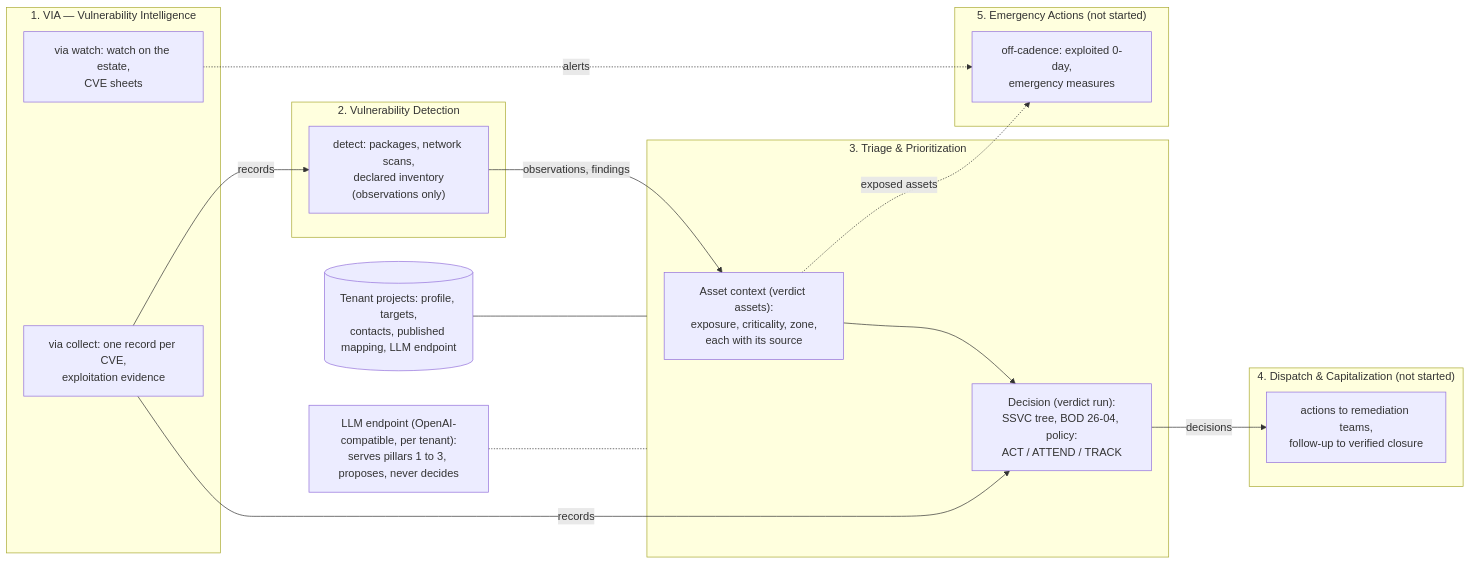
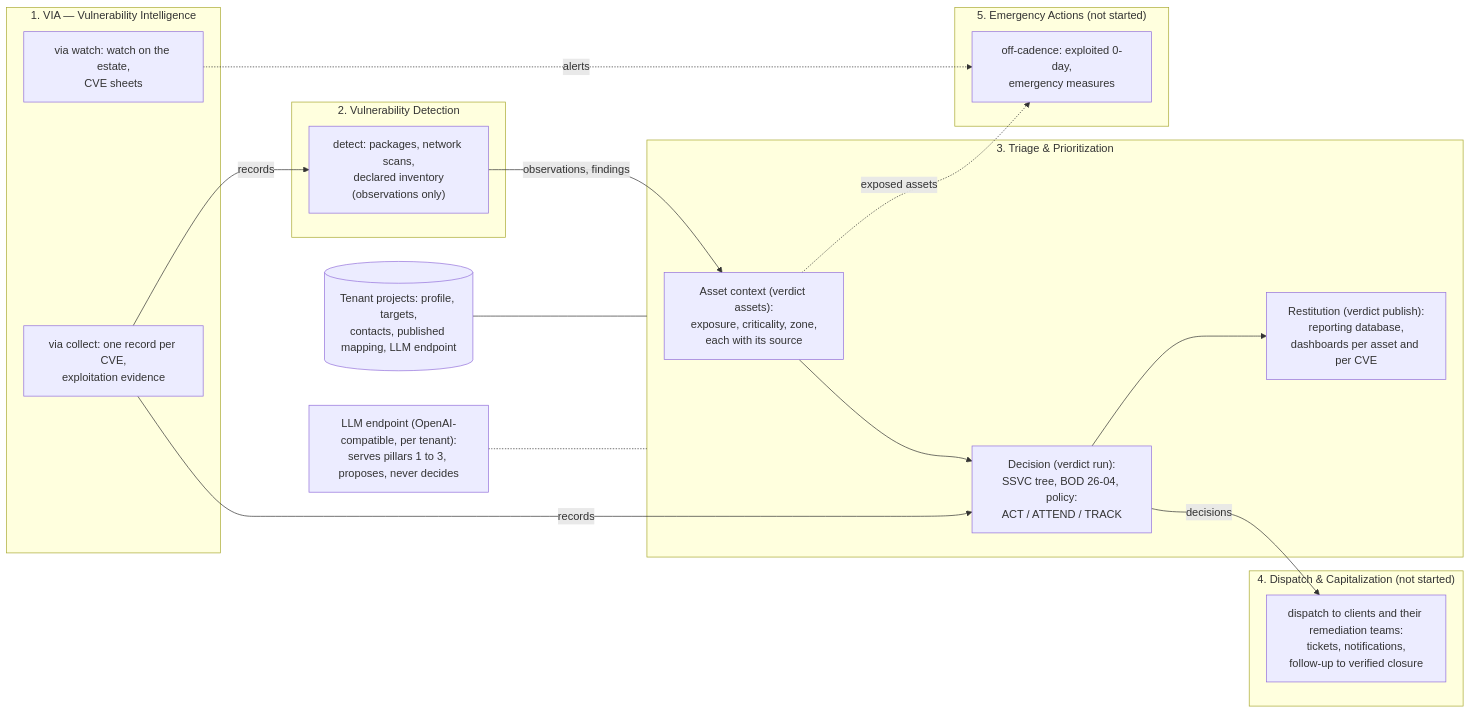
Before and after one commit to sylf74/a2vm: the first of 2 diagrams in docs/hld/00-product-strategy.md, drawn with Mermaid. The commit also changed other lines of this file and 11 other files, not shown here.

````diff
--- a/docs/hld/00-product-strategy.md
+++ b/docs/hld/00-product-strategy.md
@@ -65,33 +66,35 @@
 ```mermaid
 flowchart LR
   subgraph P1["1. VIA — Vulnerability Intelligence"]
     intel["via collect: one record per CVE,<br/>exploitation evidence"]
     alert["via watch: watch on the estate,<br/>CVE sheets"]
   end
   subgraph P2["2. Vulnerability Detection"]
     detect["detect: packages, network scans,<br/>declared inventory<br/>(observations only)"]
   end
   subgraph P3["3. Triage & Prioritization"]
     assets["Asset context (verdict assets):<br/>exposure, criticality, zone,<br/>each with its source"]
     decision["Decision (verdict run):<br/>SSVC tree, BOD 26-04, policy:<br/>ACT / ATTEND / TRACK"]
+    restitution["Restitution (verdict publish):<br/>reporting database,<br/>dashboards per asset and per CVE"]
   end
   subgraph P4["4. Dispatch & Capitalization (not started)"]
-    dispatch["actions to remediation teams,<br/>follow-up to verified closure"]
+    dispatch["dispatch to clients and their remediation teams:<br/>tickets, notifications,<br/>follow-up to verified closure"]
   end
   subgraph P5["5. Emergency Actions (not started)"]
     emergency["off-cadence: exploited 0-day,<br/>emergency measures"]
   end
 
   intel -- records --> detect
   detect -- "observations, findings" --> assets
   assets --> decision
+  decision --> restitution
   intel -- records --> decision
   decision -- decisions --> dispatch
   alert -. alerts .-> emergency
   assets -. exposed assets .-> emergency
 
   tenants[("Tenant projects: profile, targets,<br/>contacts, published mapping, LLM endpoint")]
   llm["LLM endpoint (OpenAI-compatible, per tenant):<br/>serves pillars 1 to 3, proposes, never decides"]
   tenants --- P3
   llm -.- P3
 ```
````
